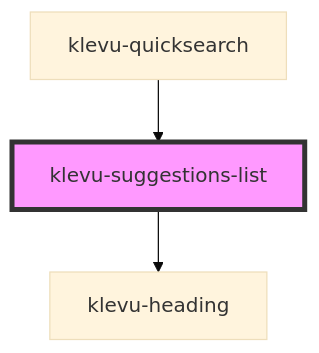
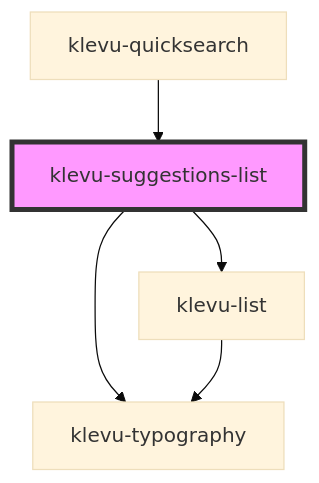
One commit to klevultd/frontend-sdk changed the diagram in packages/klevu-ui/src/components/klevu-suggestions-list/readme.md. Above: the diagram before and after it, drawn with Mermaid (base theme). The commit also changed other lines of this file and 199 other files, not shown here.

````diff
--- a/packages/klevu-ui/src/components/klevu-suggestions-list/readme.md
+++ b/packages/klevu-ui/src/components/klevu-suggestions-list/readme.md
@@ -32,6 +37,8 @@
 ```mermaid
 graph TD;
-  klevu-suggestions-list --> klevu-heading
+  klevu-suggestions-list --> klevu-typography
+  klevu-suggestions-list --> klevu-list
+  klevu-list --> klevu-typography
   klevu-quicksearch --> klevu-suggestions-list
   style klevu-suggestions-list fill:#f9f,stroke:#333,stroke-width:4px
 ```
````
